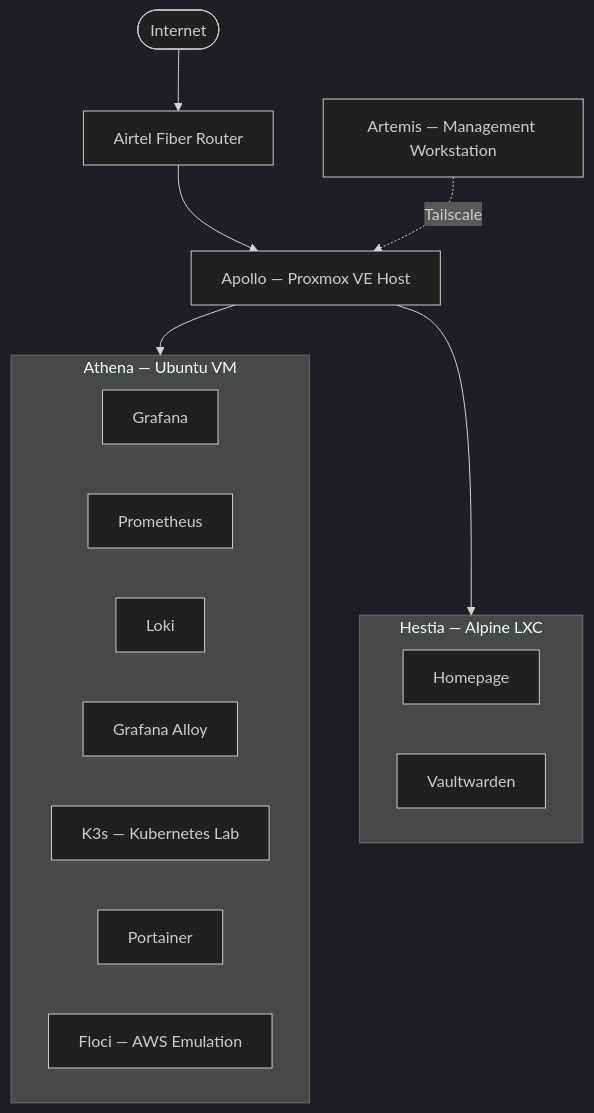
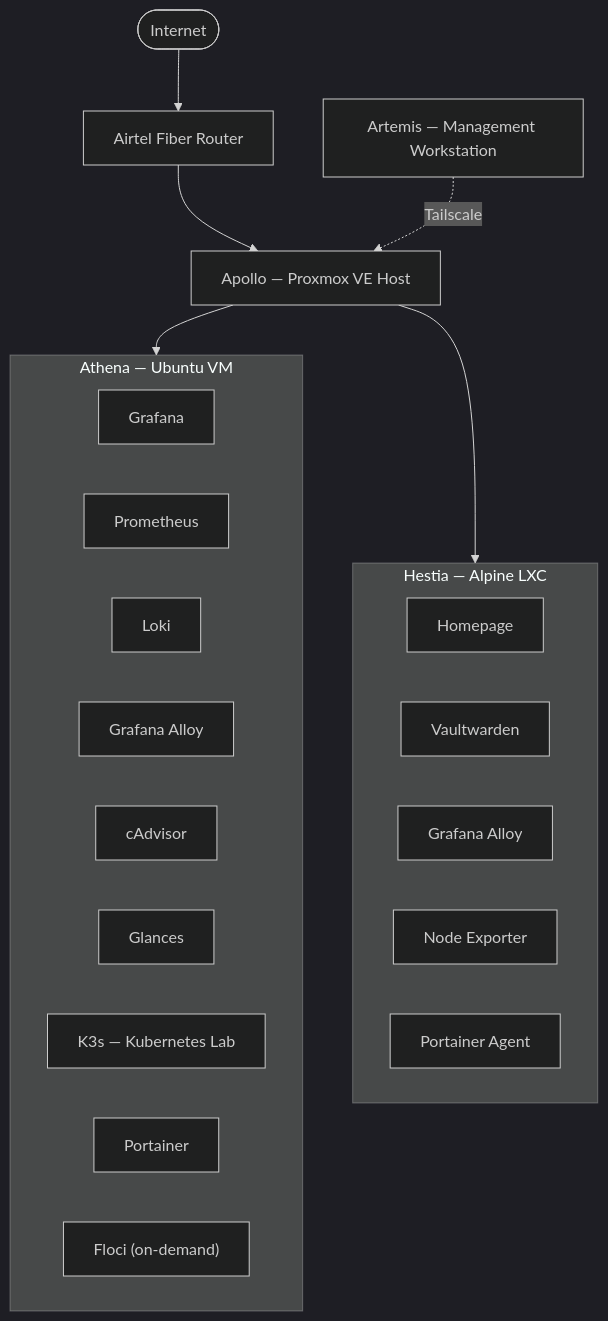
Before and after one commit to SwapnajXD/HomeLab: the first of 6 diagrams in docs/architecture.md, drawn with Mermaid (dark theme). The commit also changed other lines of this file and 16 other files, not shown here.

````diff
--- a/docs/architecture.md
+++ b/docs/architecture.md
@@ -37,25 +37,30 @@
 ```mermaid
 flowchart TB
     INET([Internet]) --> ROUTER[Airtel Fiber Router]
     ROUTER --> APOLLO[Apollo — Proxmox VE Host]
 
     subgraph ATHENA["Athena — Ubuntu VM"]
         GRAFANA[Grafana]
         PROM[Prometheus]
         LOKI[Loki]
-        ALLOY[Grafana Alloy]
+        ALLOY_A[Grafana Alloy]
+        CADVISOR[cAdvisor]
+        GLANCES[Glances]
         K3S[K3s — Kubernetes Lab]
         PORTAINER[Portainer]
-        FLOCI[Floci — AWS Emulation]
+        FLOCI["Floci (on-demand)"]
     end
 
     subgraph HESTIA["Hestia — Alpine LXC"]
         HOMEPAGE[Homepage]
         VAULT[Vaultwarden]
+        ALLOY_H[Grafana Alloy]
+        NODEEXP_H[Node Exporter]
+        PAGENT[Portainer Agent]
     end
 
     APOLLO --> ATHENA
     APOLLO --> HESTIA
 
-    ARTEMIS[Artemis — Management Workstation] -.Tailscale.-> APOLLO
+    ARTEMIS["Artemis — Management Workstation"] -.Tailscale.-> APOLLO
 ```
````
